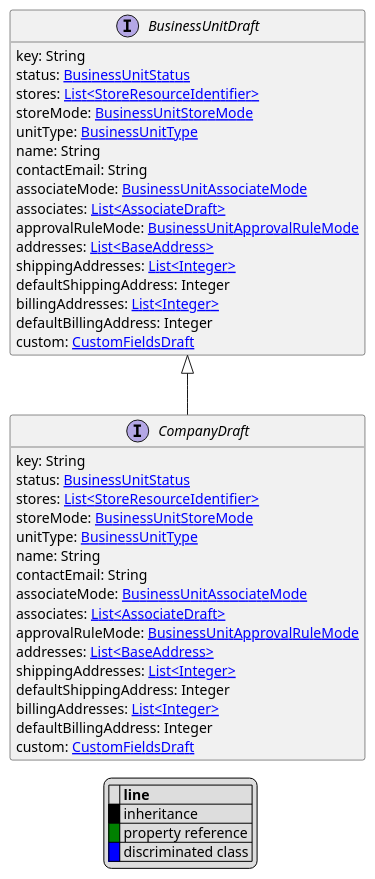
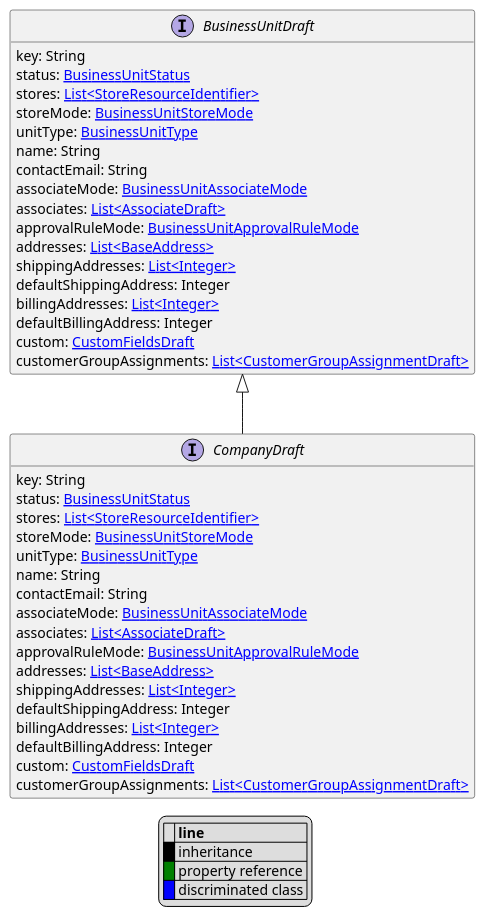
One commit to commercetools/commercetools-api-reference changed the diagram in uml/api/CompanyDraft.puml. Above: the diagram before and after it, drawn with PlantUML. The commit also changed 164 other files, not shown here.

```diff
--- a/uml/api/CompanyDraft.puml
+++ b/uml/api/CompanyDraft.puml
@@ -1,52 +1,54 @@
 @startuml
 
 hide empty fields
 hide empty methods
 legend
 |= |= line |
 |<back:black>   </back>| inheritance |
 |<back:green>   </back>| property reference |
 |<back:blue>   </back>| discriminated class |
 endlegend
 interface CompanyDraft [[CompanyDraft.svg]] extends BusinessUnitDraft {
     key: String
     status: [[BusinessUnitStatus.svg BusinessUnitStatus]]
     stores: [[StoreResourceIdentifier.svg List<StoreResourceIdentifier>]]
     storeMode: [[BusinessUnitStoreMode.svg BusinessUnitStoreMode]]
     unitType: [[BusinessUnitType.svg BusinessUnitType]]
     name: String
     contactEmail: String
     associateMode: [[BusinessUnitAssociateMode.svg BusinessUnitAssociateMode]]
     associates: [[AssociateDraft.svg List<AssociateDraft>]]
     approvalRuleMode: [[BusinessUnitApprovalRuleMode.svg BusinessUnitApprovalRuleMode]]
     addresses: [[BaseAddress.svg List<BaseAddress>]]
     shippingAddresses: [[Integer.svg List<Integer>]]
     defaultShippingAddress: Integer
     billingAddresses: [[Integer.svg List<Integer>]]
     defaultBillingAddress: Integer
     custom: [[CustomFieldsDraft.svg CustomFieldsDraft]]
+    customerGroupAssignments: [[CustomerGroupAssignmentDraft.svg List<CustomerGroupAssignmentDraft>]]
 }
 interface BusinessUnitDraft [[BusinessUnitDraft.svg]]  {
     key: String
     status: [[BusinessUnitStatus.svg BusinessUnitStatus]]
     stores: [[StoreResourceIdentifier.svg List<StoreResourceIdentifier>]]
     storeMode: [[BusinessUnitStoreMode.svg BusinessUnitStoreMode]]
     unitType: [[BusinessUnitType.svg BusinessUnitType]]
     name: String
     contactEmail: String
     associateMode: [[BusinessUnitAssociateMode.svg BusinessUnitAssociateMode]]
     associates: [[AssociateDraft.svg List<AssociateDraft>]]
     approvalRuleMode: [[BusinessUnitApprovalRuleMode.svg BusinessUnitApprovalRuleMode]]
     addresses: [[BaseAddress.svg List<BaseAddress>]]
     shippingAddresses: [[Integer.svg List<Integer>]]
     defaultShippingAddress: Integer
     billingAddresses: [[Integer.svg List<Integer>]]
     defaultBillingAddress: Integer
     custom: [[CustomFieldsDraft.svg CustomFieldsDraft]]
+    customerGroupAssignments: [[CustomerGroupAssignmentDraft.svg List<CustomerGroupAssignmentDraft>]]
 }
 
 
 
 
 
 @enduml
```
